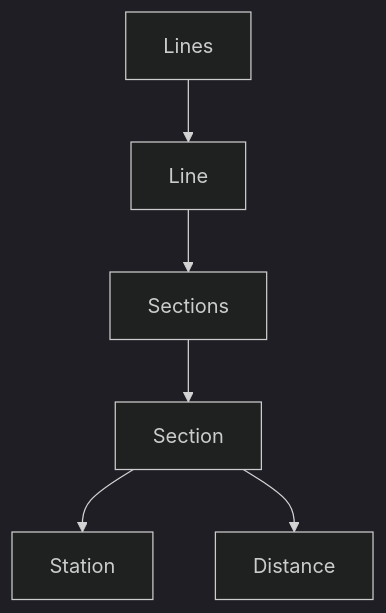
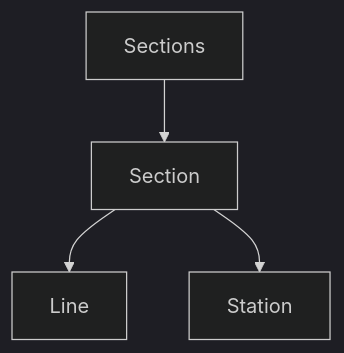
The diagram in README.md (woowacourse/jwp-subway-path), drawn with Mermaid (dark theme) before and after one commit.

Commit message:
docs(README): 도메인 객체 설계 수정

````diff
--- a/README.md
+++ b/README.md
@@ -23,8 +23,6 @@
 ```mermaid
 graph TD
-Lines --> Line
-Line --> Sections
 Sections --> Section
+Section -->  Line
 Section --> Station
-Section --> Distance
 ```
````
